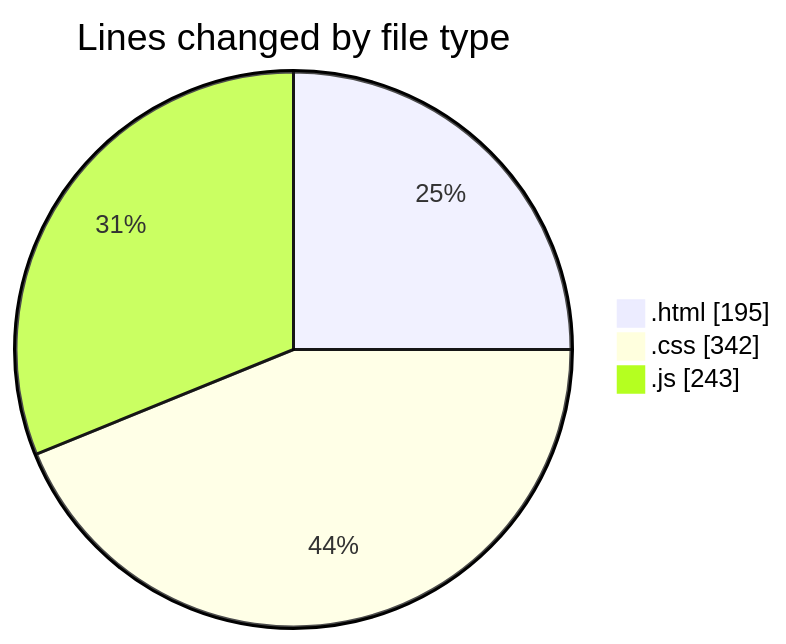
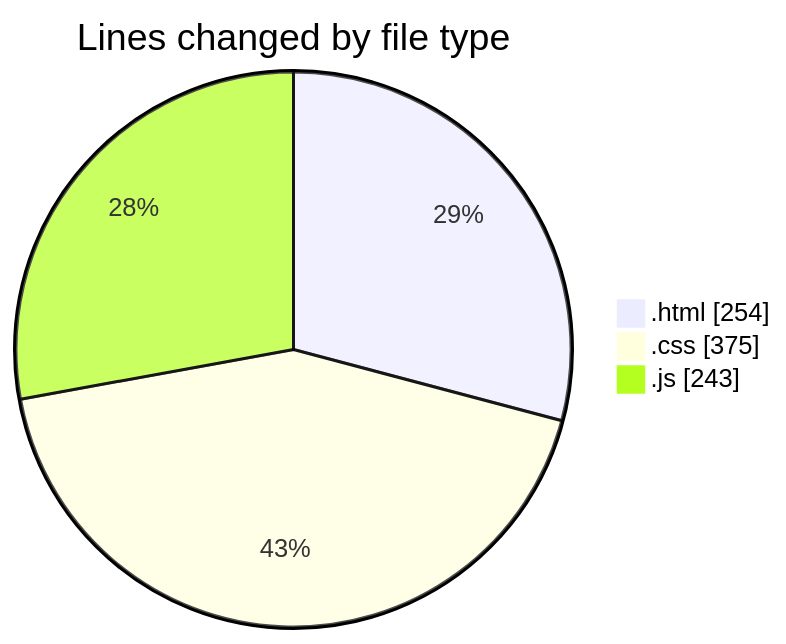
One commit to IJAZ3593/code-tracking changed the first of 2 diagrams in 2025-09-01/project_3/README.md. Above: the diagram before and after it, drawn with Mermaid. The commit also changed other lines of this file and 1 other file, not shown here.

````diff
--- a/2025-09-01/project_3/README.md
+++ b/2025-09-01/project_3/README.md
@@ -26,7 +26,7 @@
 ```mermaid
 pie showData
 title Lines changed by file type
-".html" : 195
-".css" : 342
+".html" : 254
+".css" : 375
 ".js" : 243
 ```
````
